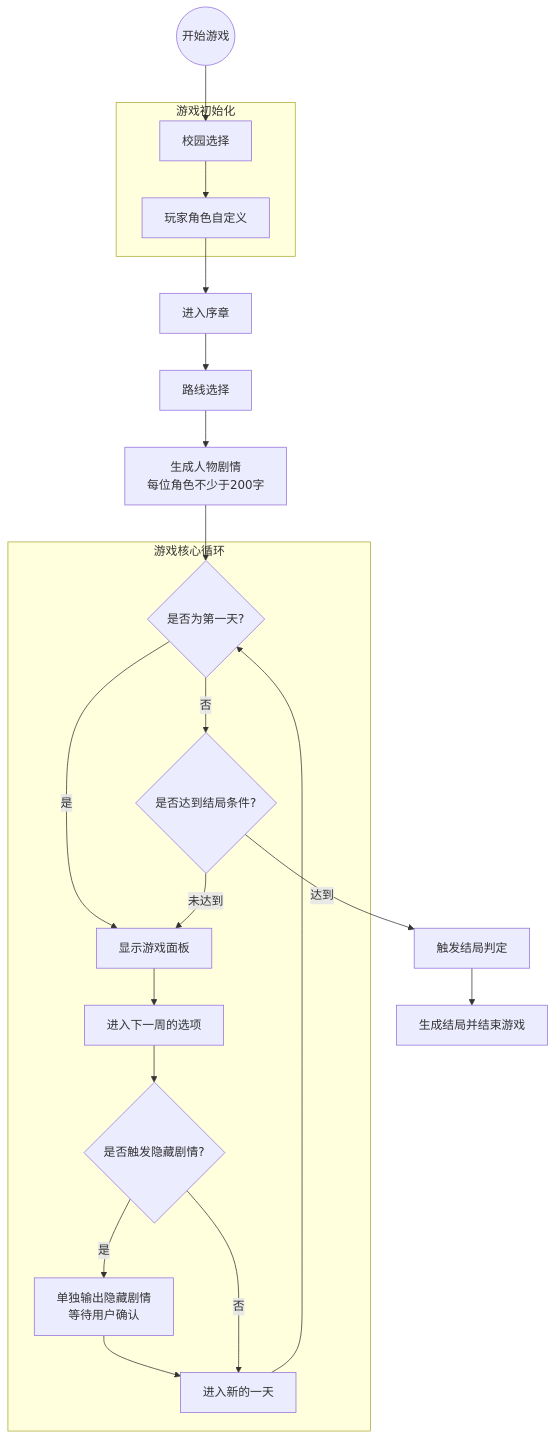
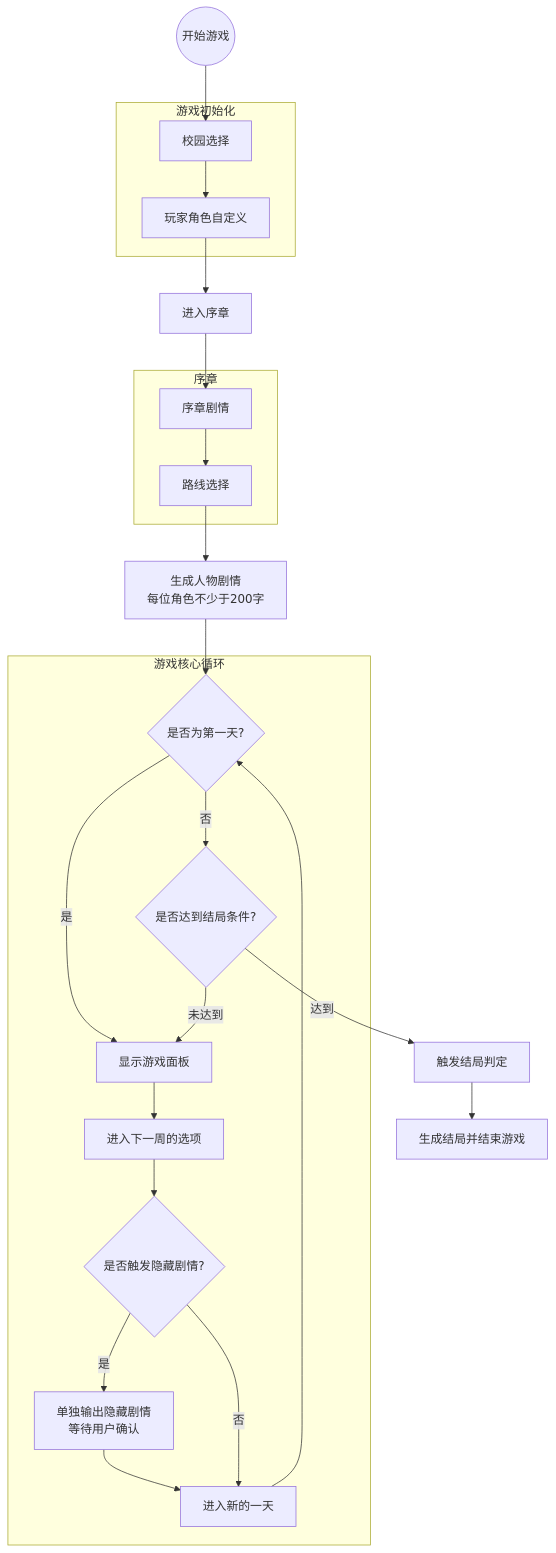
Before and after one commit to Yezi-TY/Tennis-Prince: the diagram in TP_officical_v1_0_0.md, drawn with Mermaid. The commit also changed other lines of this file, not shown here.

````diff
--- a/TP_officical_v1_0_0.md
+++ b/TP_officical_v1_0_0.md
@@ -189,37 +55,44 @@
 ```mermaid
 graph TD
     Start((开始游戏))
 
     subgraph Init [游戏初始化]
         ChooseSchool[校园选择]
         GenProfile[玩家角色自定义]
         ChooseSchool --> GenProfile
     end
 
     Start --> ChooseSchool
-    GenProfile --> Prologue[进入序章]
-    Prologue --> ChooseRoute[路线选择]
+    GenProfile --> PrologueEntry[进入序章]
+
+    subgraph Prologue [序章]
+        PrologueStory[序章剧情]
+        ChooseRoute[路线选择]
+        PrologueStory --> ChooseRoute
+    end
+
+    PrologueEntry --> PrologueStory
     ChooseRoute --> CharacterStories[生成人物剧情<br/>每位角色不少于200字]
 
     subgraph GameLoop [游戏核心循环]
         FirstDayCheck{是否为第一天?}
         EndingCheck{是否达到结局条件?}
         Panel[显示游戏面板]
         WeekOptions[进入下一周的选项]
         HiddenCheck{是否触发隐藏剧情?}
         HiddenStory[单独输出隐藏剧情<br/>等待用户确认]
         NewDay[进入新的一天]
 
         FirstDayCheck -- 是 --> Panel
         FirstDayCheck -- 否 --> EndingCheck
         EndingCheck -- 未达到 --> Panel
         Panel --> WeekOptions --> HiddenCheck
         HiddenCheck -- 是 --> HiddenStory --> NewDay
         HiddenCheck -- 否 --> NewDay
         NewDay --> FirstDayCheck
     end
 
     CharacterStories --> FirstDayCheck
     EndingCheck -- 达到 --> Ending[触发结局判定]
     Ending --> Final[生成结局并结束游戏]
 ```
````
